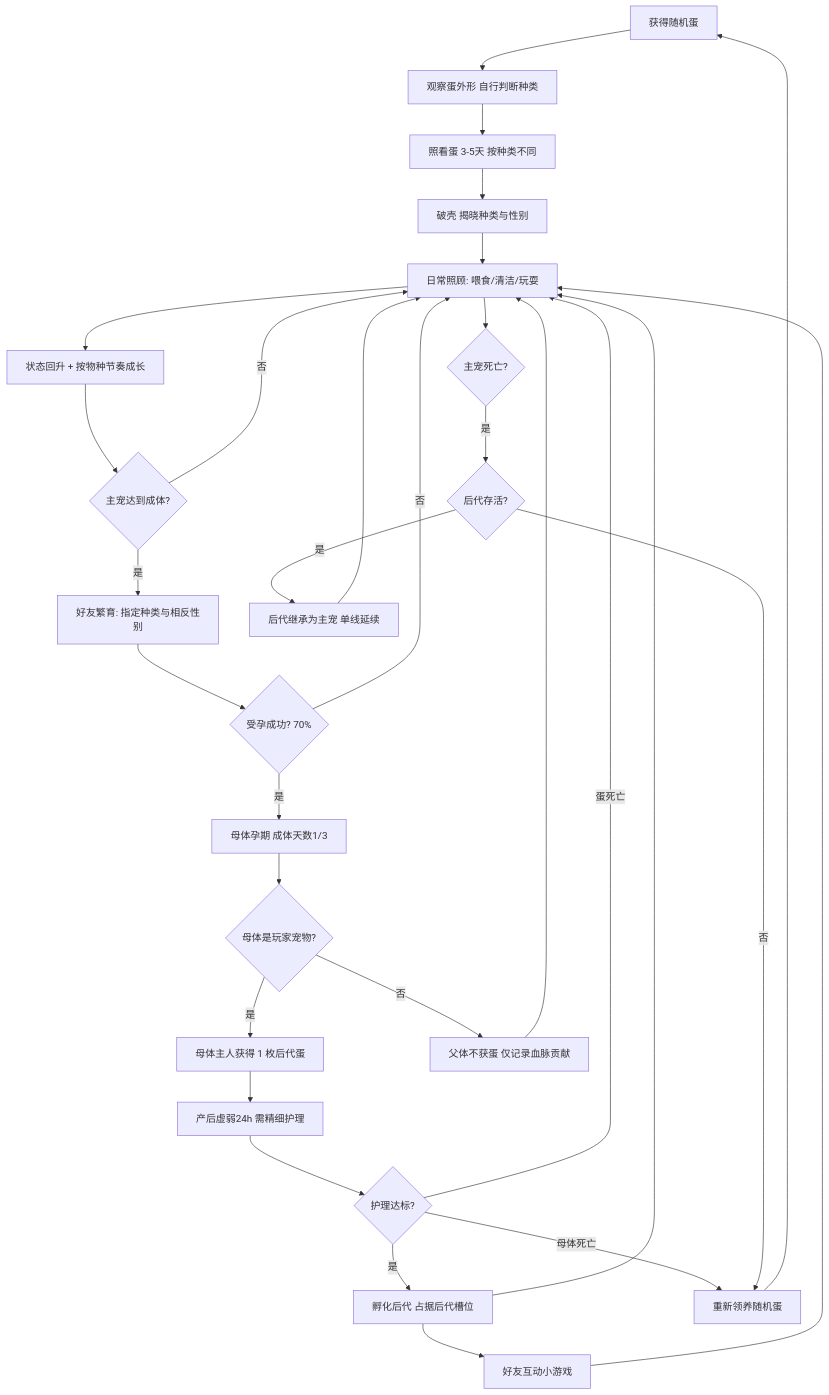
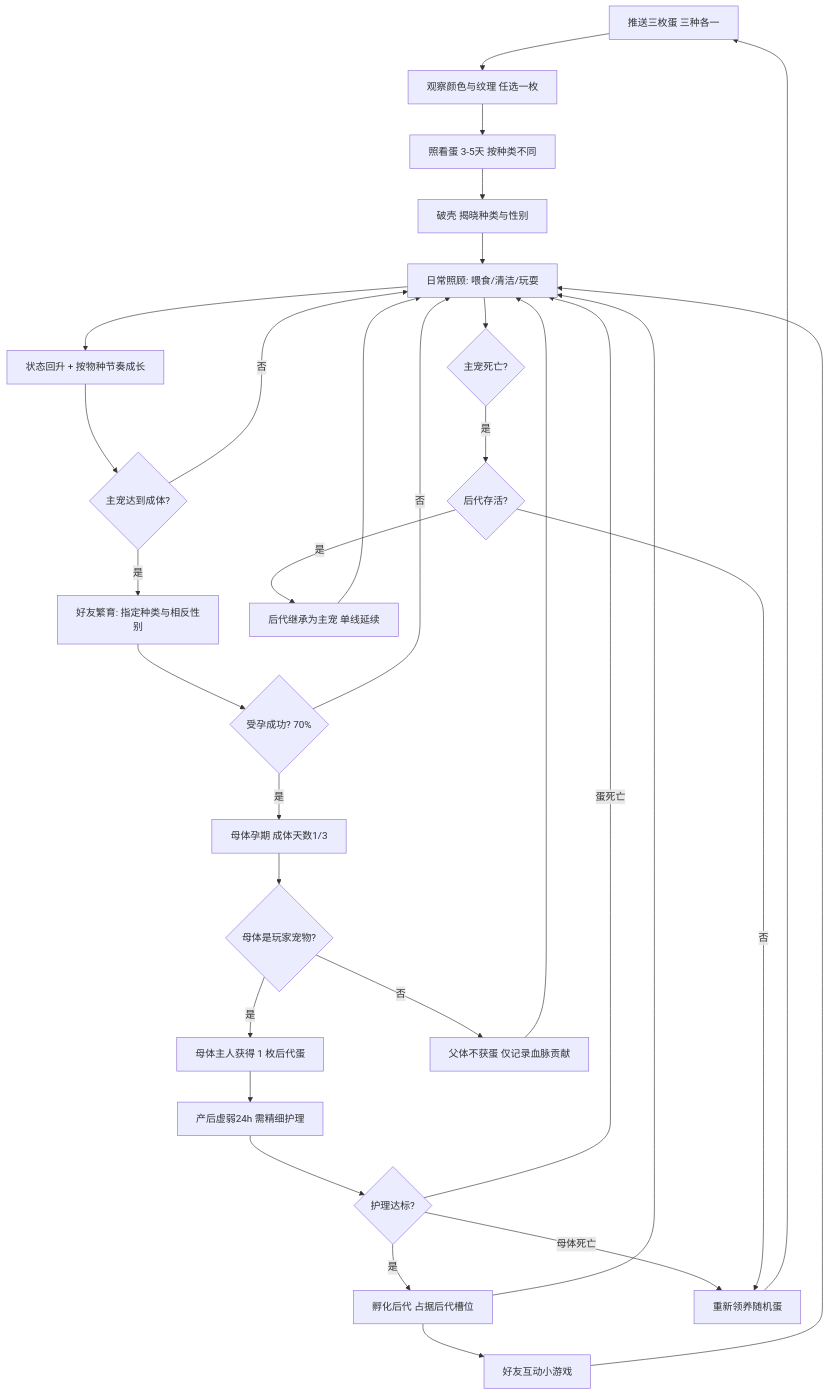
The diagram in docs/游戏设计文档.md (miniDesigner/CyberPet), drawn with Mermaid before and after one commit. The commit also changed other lines of this file and 9 other files, not shown here.

````diff
--- a/docs/游戏设计文档.md
+++ b/docs/游戏设计文档.md
@@ -52,32 +52,32 @@
 ```mermaid
 flowchart TD
-    A[获得随机蛋] --> B[观察蛋外形 自行判断种类]
+    A[推送三枚蛋 三种各一] --> B[观察颜色与纹理 任选一枚]
     B --> C[照看蛋 3-5天 按种类不同]
     C --> D[破壳 揭晓种类与性别]
     D --> E[日常照顾: 喂食/清洁/玩耍]
     E --> F[状态回升 + 按物种节奏成长]
     F --> G{主宠达到成体?}
     G -->|否| E
     G -->|是| H[好友繁育: 指定种类与相反性别]
     H --> I{受孕成功? 70%}
     I -->|否| E
     I -->|是| J[母体孕期 成体天数1/3]
     J --> K{母体是玩家宠物?}
     K -->|是| L[母体主人获得 1 枚后代蛋]
     K -->|否| M[父体不获蛋 仅记录血脉贡献]
     M --> E
     L --> L2[产后虚弱24h 需精细护理]
     L2 --> L3{护理达标?}
     L3 -->|是| N[孵化后代 占据后代槽位]
     L3 -->|蛋死亡| E
     L3 -->|母体死亡| S
     N --> E
     N --> O[好友互动小游戏]
     O --> E
     E --> P{主宠死亡?}
     P -->|是| Q{后代存活?}
     Q -->|是| R[后代继承为主宠 单线延续]
     Q -->|否| S[重新领养随机蛋]
     R --> E
     S --> A
 ```
````
